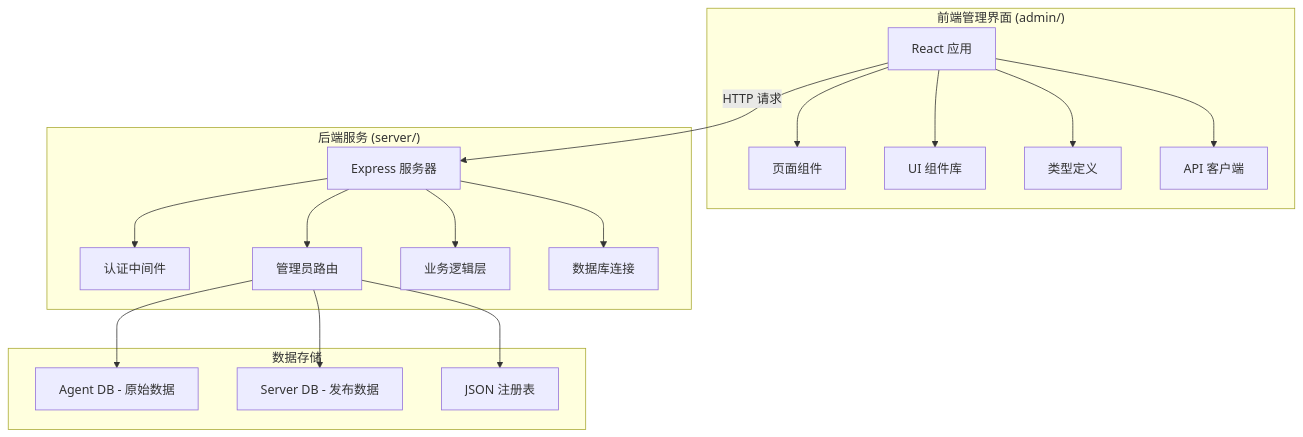
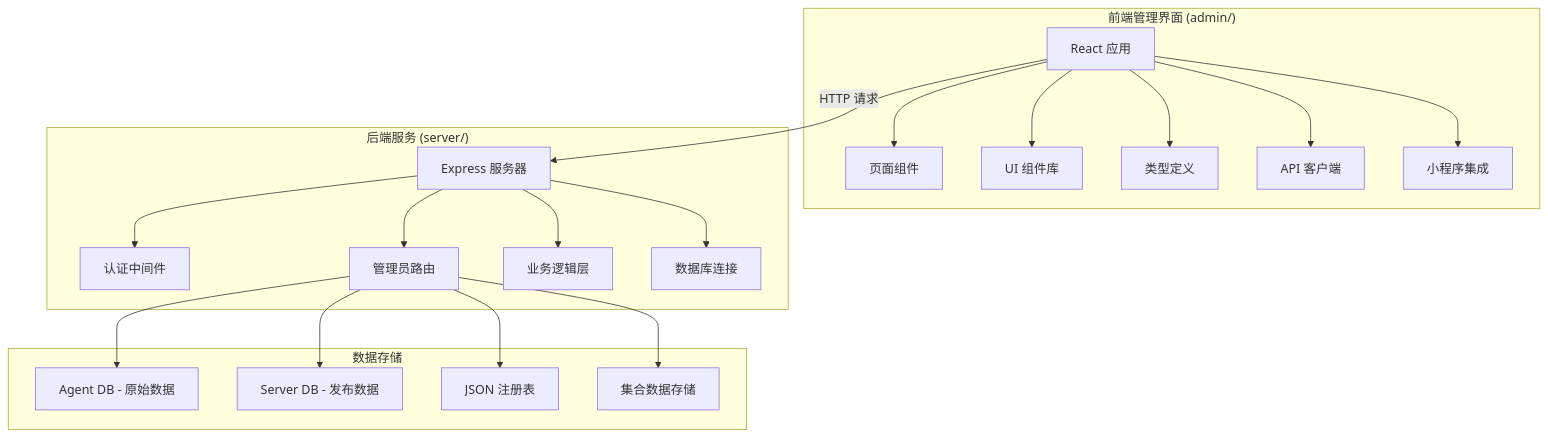
Before and after one commit to ititjjy/AITrip-plan: the first of 17 diagrams in .qoder/repowiki/zh/content/后端API架构/管理员路由系统.md, drawn with Mermaid. The commit also changed other lines of this file and 17 other files, not shown here.

````diff
--- a/.qoder/repowiki/zh/content/后端API架构/管理员路由系统.md
+++ b/.qoder/repowiki/zh/content/后端API架构/管理员路由系统.md
@@ -41,24 +58,27 @@
 ```mermaid
 graph TB
 subgraph "前端管理界面 (admin/)"
 A[React 应用] --> B[页面组件]
 A --> C[UI 组件库]
 A --> D[类型定义]
 A --> E[API 客户端]
+A --> F[小程序集成]
 end
 subgraph "后端服务 (server/)"
-F[Express 服务器] --> G[认证中间件]
-F --> H[管理员路由]
-F --> I[业务逻辑层]
-F --> J[数据库连接]
+G[Express 服务器] --> H[认证中间件]
+G --> I[管理员路由]
+G --> J[业务逻辑层]
+G --> K[数据库连接]
 end
 subgraph "数据存储"
-K[Agent DB - 原始数据]
-L[Server DB - 发布数据]
-M[JSON 注册表]
+L[Agent DB - 原始数据]
+M[Server DB - 发布数据]
+N[JSON 注册表]
+O[集合数据存储]
 end
-A --> |HTTP 请求| F
-H --> K
-H --> L
-H --> M
+A --> |HTTP 请求| G
+I --> L
+I --> M
+I --> N
+I --> O
 ```
````
